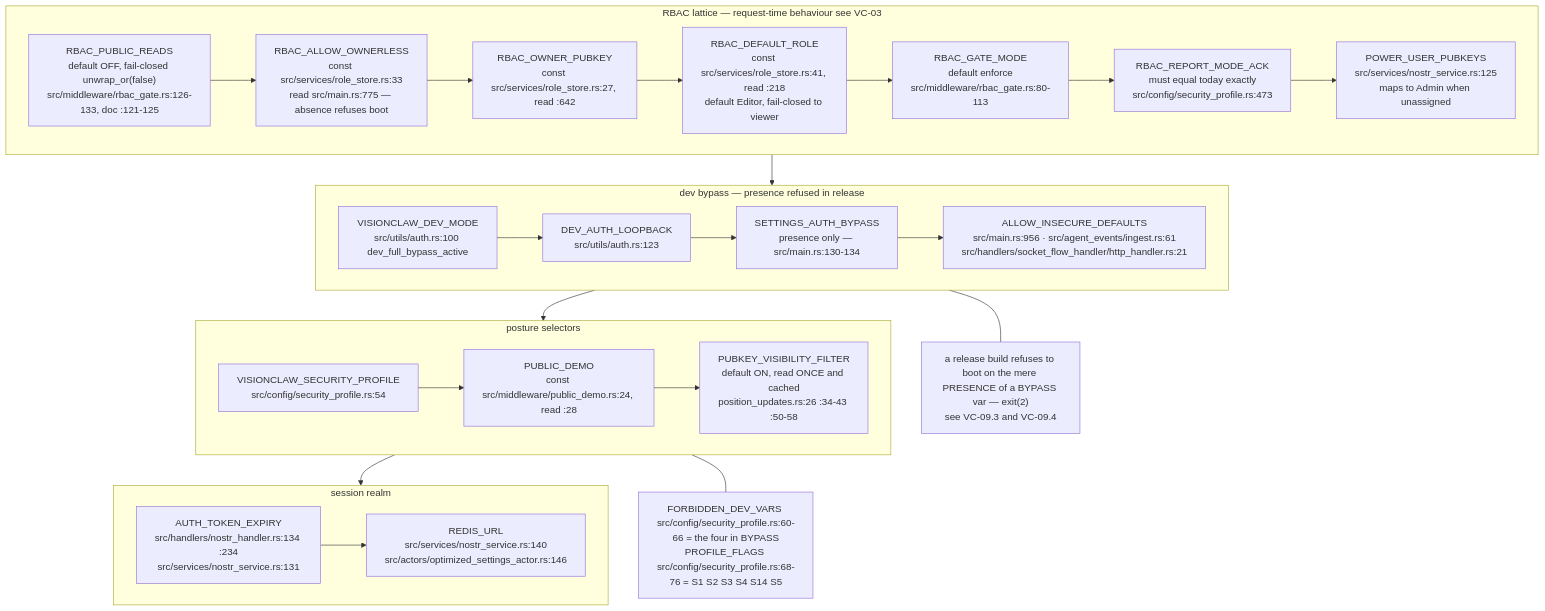
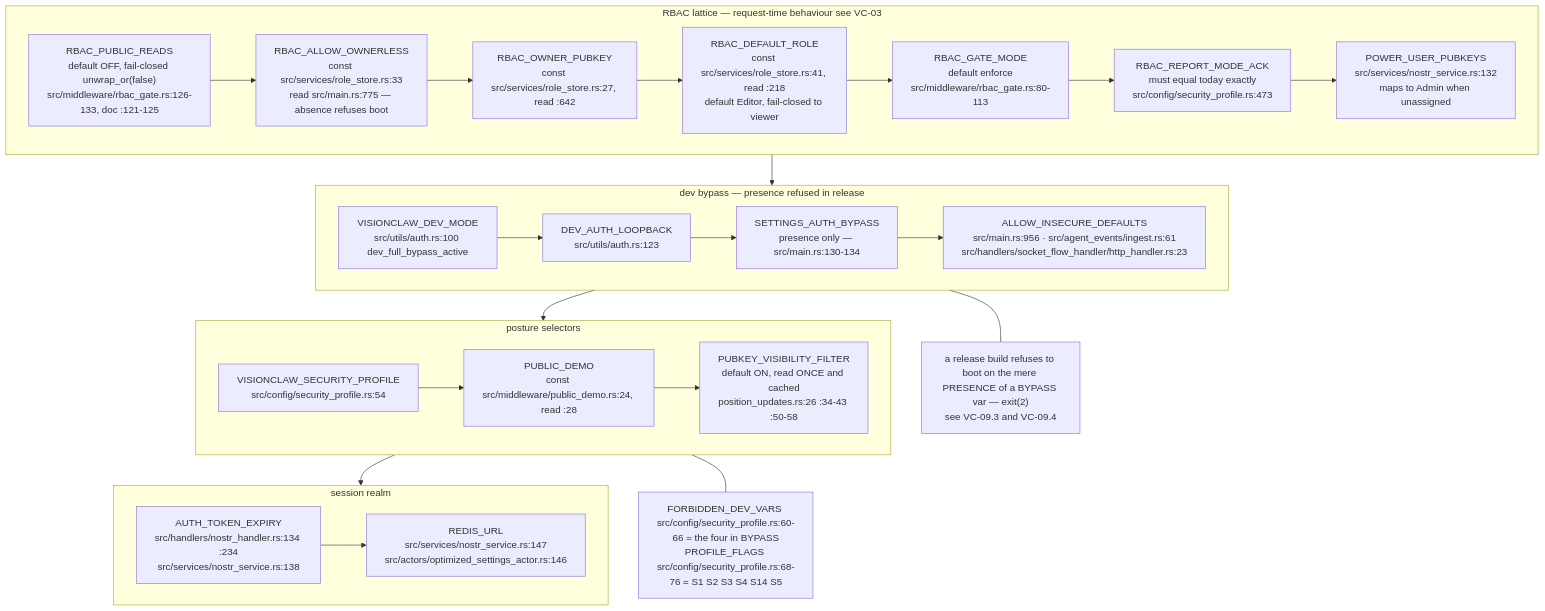
Before and after one commit to DreamLab-AI/VisionFlow: the ninth of 15 diagrams in docs/diagrams/visionclaw/09-config-and-env-flags.md, drawn with Mermaid. The commit also changed other lines of this file and 94 other files, not shown here.

First line of the commit message:
docs(diagrams): re-verify 130 topics against 2 October HEADs

````diff
--- a/docs/diagrams/visionclaw/09-config-and-env-flags.md
+++ b/docs/diagrams/visionclaw/09-config-and-env-flags.md
@@ -406,20 +406,20 @@
 ```mermaid
 flowchart TB
     subgraph RBAC["RBAC lattice — request-time behaviour see VC-03"]
-        S1["RBAC_PUBLIC_READS<br/>default OFF, fail-closed unwrap_or(false)<br/>src/middleware/rbac_gate.rs:126-133, doc :121-125"] --> S2["RBAC_ALLOW_OWNERLESS<br/>const src/services/role_store.rs:33<br/>read src/main.rs:775 — absence refuses boot"] --> S3["RBAC_OWNER_PUBKEY<br/>const src/services/role_store.rs:27, read :642"] --> S4["RBAC_DEFAULT_ROLE<br/>const src/services/role_store.rs:41, read :218<br/>default Editor, fail-closed to viewer"] --> S5["RBAC_GATE_MODE<br/>default enforce<br/>src/middleware/rbac_gate.rs:80-113"] --> S6["RBAC_REPORT_MODE_ACK<br/>must equal today exactly<br/>src/config/security_profile.rs:473"] --> S7["POWER_USER_PUBKEYS<br/>src/services/nostr_service.rs:125<br/>maps to Admin when unassigned"]
+        S1["RBAC_PUBLIC_READS<br/>default OFF, fail-closed unwrap_or(false)<br/>src/middleware/rbac_gate.rs:126-133, doc :121-125"] --> S2["RBAC_ALLOW_OWNERLESS<br/>const src/services/role_store.rs:33<br/>read src/main.rs:775 — absence refuses boot"] --> S3["RBAC_OWNER_PUBKEY<br/>const src/services/role_store.rs:27, read :642"] --> S4["RBAC_DEFAULT_ROLE<br/>const src/services/role_store.rs:41, read :218<br/>default Editor, fail-closed to viewer"] --> S5["RBAC_GATE_MODE<br/>default enforce<br/>src/middleware/rbac_gate.rs:80-113"] --> S6["RBAC_REPORT_MODE_ACK<br/>must equal today exactly<br/>src/config/security_profile.rs:473"] --> S7["POWER_USER_PUBKEYS<br/>src/services/nostr_service.rs:132<br/>maps to Admin when unassigned"]
     end
     subgraph BYPASS["dev bypass — presence refused in release"]
-        S8["VISIONCLAW_DEV_MODE<br/>src/utils/auth.rs:100 dev_full_bypass_active"] --> S9["DEV_AUTH_LOOPBACK<br/>src/utils/auth.rs:123"] --> S10["SETTINGS_AUTH_BYPASS<br/>presence only — src/main.rs:130-134"] --> S11["ALLOW_INSECURE_DEFAULTS<br/>src/main.rs:956 · src/agent_events/ingest.rs:61<br/>src/handlers/socket_flow_handler/http_handler.rs:21"]
+        S8["VISIONCLAW_DEV_MODE<br/>src/utils/auth.rs:100 dev_full_bypass_active"] --> S9["DEV_AUTH_LOOPBACK<br/>src/utils/auth.rs:123"] --> S10["SETTINGS_AUTH_BYPASS<br/>presence only — src/main.rs:130-134"] --> S11["ALLOW_INSECURE_DEFAULTS<br/>src/main.rs:956 · src/agent_events/ingest.rs:61<br/>src/handlers/socket_flow_handler/http_handler.rs:23"]
     end
     subgraph POSTURE["posture selectors"]
         S12["VISIONCLAW_SECURITY_PROFILE<br/>src/config/security_profile.rs:54"] --> S13["PUBLIC_DEMO<br/>const src/middleware/public_demo.rs:24, read :28"] --> S14["PUBKEY_VISIBILITY_FILTER<br/>default ON, read ONCE and cached<br/>position_updates.rs:26 :34-43 :50-58"]
     end
     subgraph SESS["session realm"]
-        S15["AUTH_TOKEN_EXPIRY<br/>src/handlers/nostr_handler.rs:134 :234<br/>src/services/nostr_service.rs:131"] --> S16["REDIS_URL<br/>src/services/nostr_service.rs:140<br/>src/actors/optimized_settings_actor.rs:146"]
+        S15["AUTH_TOKEN_EXPIRY<br/>src/handlers/nostr_handler.rs:134 :234<br/>src/services/nostr_service.rs:138"] --> S16["REDIS_URL<br/>src/services/nostr_service.rs:147<br/>src/actors/optimized_settings_actor.rs:146"]
     end
     RBAC --> BYPASS --> POSTURE --> SESS
     N2["FORBIDDEN_DEV_VARS src/config/security_profile.rs:60-66 = the four in BYPASS<br/>PROFILE_FLAGS src/config/security_profile.rs:68-76 = S1 S2 S3 S4 S14 S5"]
     POSTURE --- N2
     N3["a release build refuses to boot on the mere PRESENCE of a BYPASS var — exit(2)<br/>see VC-09.3 and VC-09.4"]
     BYPASS --- N3
 ```
````
